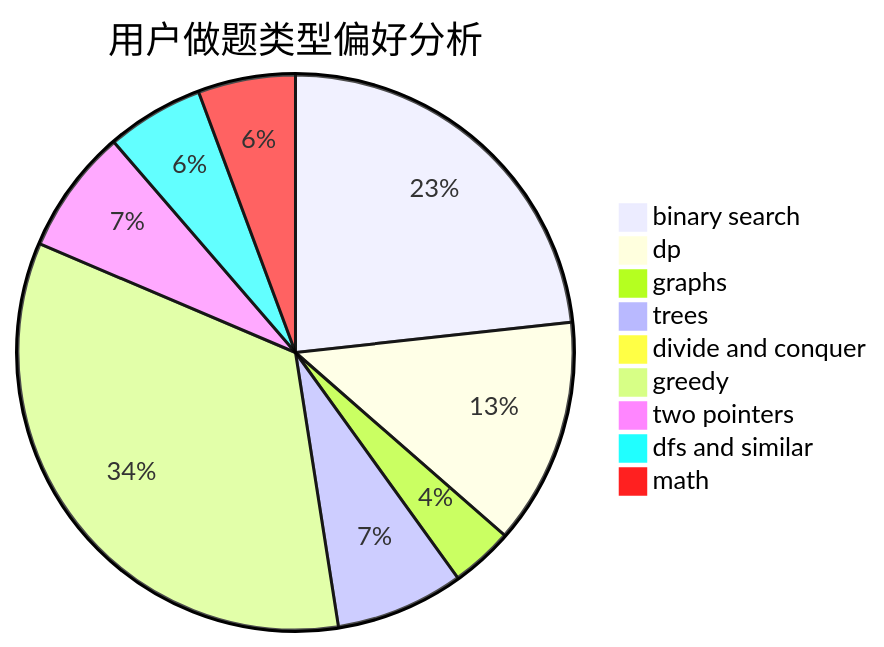
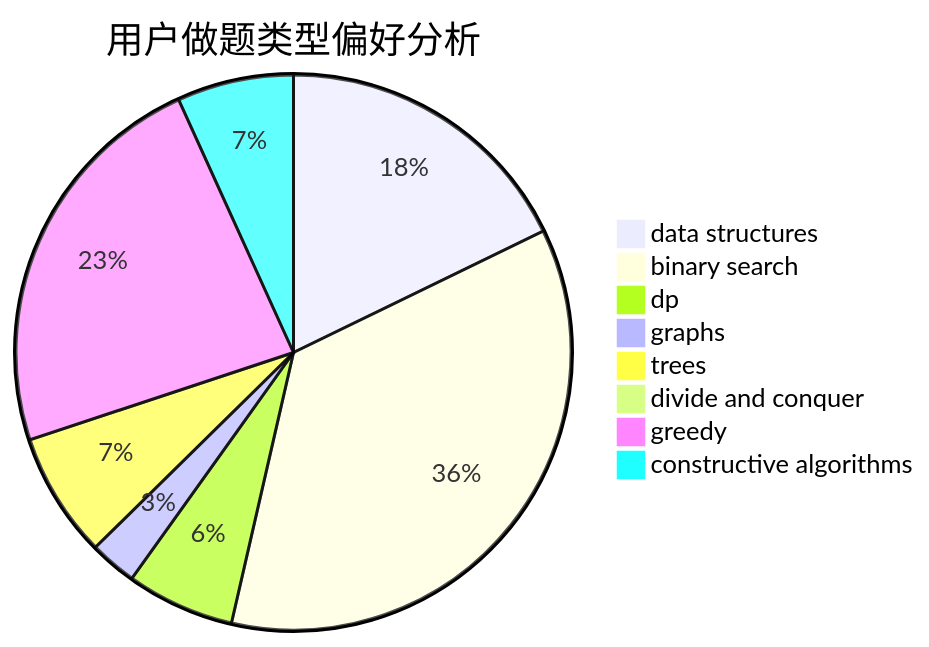
The second of 3 diagrams in docs/user/u843.md (sherpahu/cfrs.github.io), drawn with Mermaid before and after one commit. The commit also changed other lines of this file and 2775 other files, not shown here.

````diff
--- a/docs/user/u843.md
+++ b/docs/user/u843.md
@@ -23,12 +23,11 @@
 ```mermaid
 pie title 用户做题类型偏好分析
-    "binary search" :  390
-    "dp" :  221
-    "graphs" :  61
-    "trees" :  125
-    "divide and conquer" :  2
-    "greedy" :  568
-    "two pointers" :  122
-    "dfs and similar" :  95
-    "math" :  95
+    "data structures" :  181
+    "binary search" :  364
+    "dp" :  64
+    "graphs" :  28
+    "trees" :  74
+    "divide and conquer" :  0
+    "greedy" :  237
+    "constructive algorithms" :  69
 ```
````
